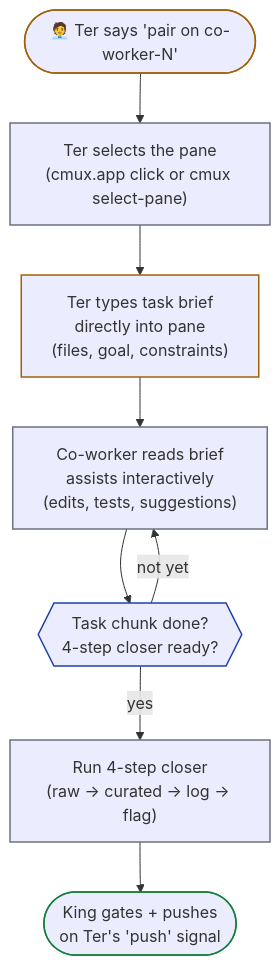
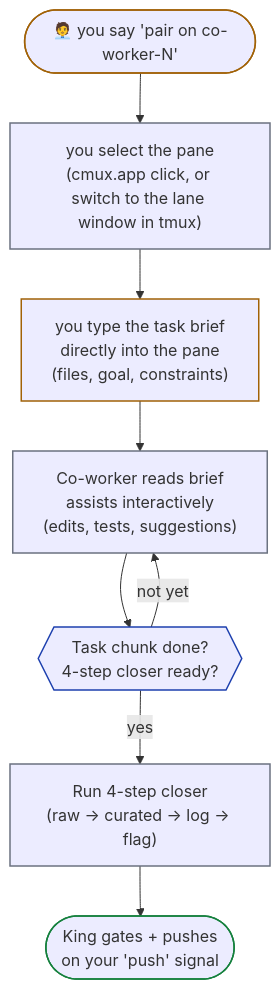
The diagram in .kingdom/.setting/roles/co-worker.md (chatthong/kingdom), drawn with Mermaid before and after one commit. The commit also changed other lines of this file and 77 other files, not shown here.

````diff
--- a/.kingdom/.setting/roles/co-worker.md
+++ b/.kingdom/.setting/roles/co-worker.md
@@ -44,23 +47,23 @@
 ```mermaid
 flowchart TB
-    A(["🧑‍💼 Ter says 'pair on co-worker-N'"])
-    B["Ter selects the pane\n(cmux.app click or cmux select-pane)"]
-    C["Ter types task brief\ndirectly into pane\n(files, goal, constraints)"]
+    A(["🧑‍💼 you say 'pair on co-worker-N'"])
+    B["you select the pane\n(cmux.app click, or switch to the lane window in tmux)"]
+    C["you type the task brief\ndirectly into the pane\n(files, goal, constraints)"]
     D["Co-worker reads brief\nassists interactively\n(edits, tests, suggestions)"]
     E{{"Task chunk done?\n4-step closer ready?"}}
     F["Run 4-step closer\n(raw → curated → log → flag)"]
-    G(["King gates + pushes\non Ter's 'push' signal"])
+    G(["King gates + pushes\non your 'push' signal"])
 
     A --> B --> C --> D --> E
     E -- "not yet" --> D
     E -- "yes" --> F --> G
 
     classDef ter stroke:#a16207,stroke-width:1.5px
     classDef lane stroke:#6b7280,stroke-width:1.5px
     classDef king stroke:#15803d,stroke-width:1.5px
     classDef decision stroke:#1e40af,stroke-width:1.5px
     class A,C ter
     class B,D,F lane
     class G king
     class E decision
 ```
````
